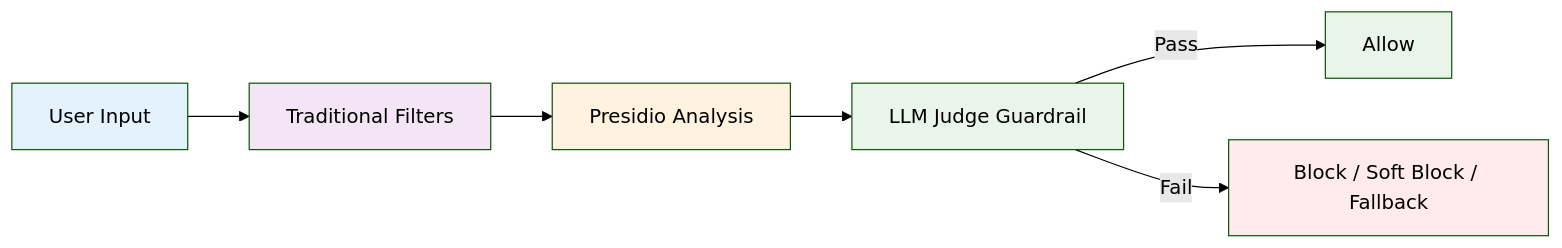
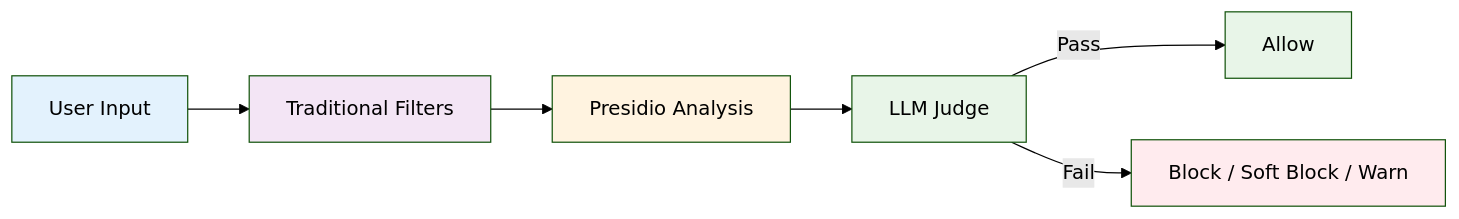
One commit to radicalbit/radicalbit-ai-gateway-docs changed the second of 2 diagrams in docs/features/guardrails.md. Above: the diagram before and after it, drawn with Mermaid (forest theme). The commit also changed other lines of this file and 5 other files, not shown here.

````diff
--- a/docs/features/guardrails.md
+++ b/docs/features/guardrails.md
@@ -224,15 +276,15 @@
 ```mermaid
 graph LR
     A[User Input] --> B[Traditional Filters]
     B --> C[Presidio Analysis]
-    C --> D[LLM Judge Guardrail]
+    C --> D[LLM Judge]
     D -->|Pass| E[Allow]
-    D -->|Fail| F[Block / Soft Block / Fallback]
-    
+    D -->|Fail| F[Block / Soft Block / Warn]
+
     style A color:#000, fill:#e3f2fd
     style B color:#000, fill:#f3e5f5
     style C color:#000, fill:#fff3e0
     style D color:#000, fill:#e8f5e8
     style E color:#000, fill:#e8f5e8
     style F color:#000, fill:#ffebee
 ```
````
